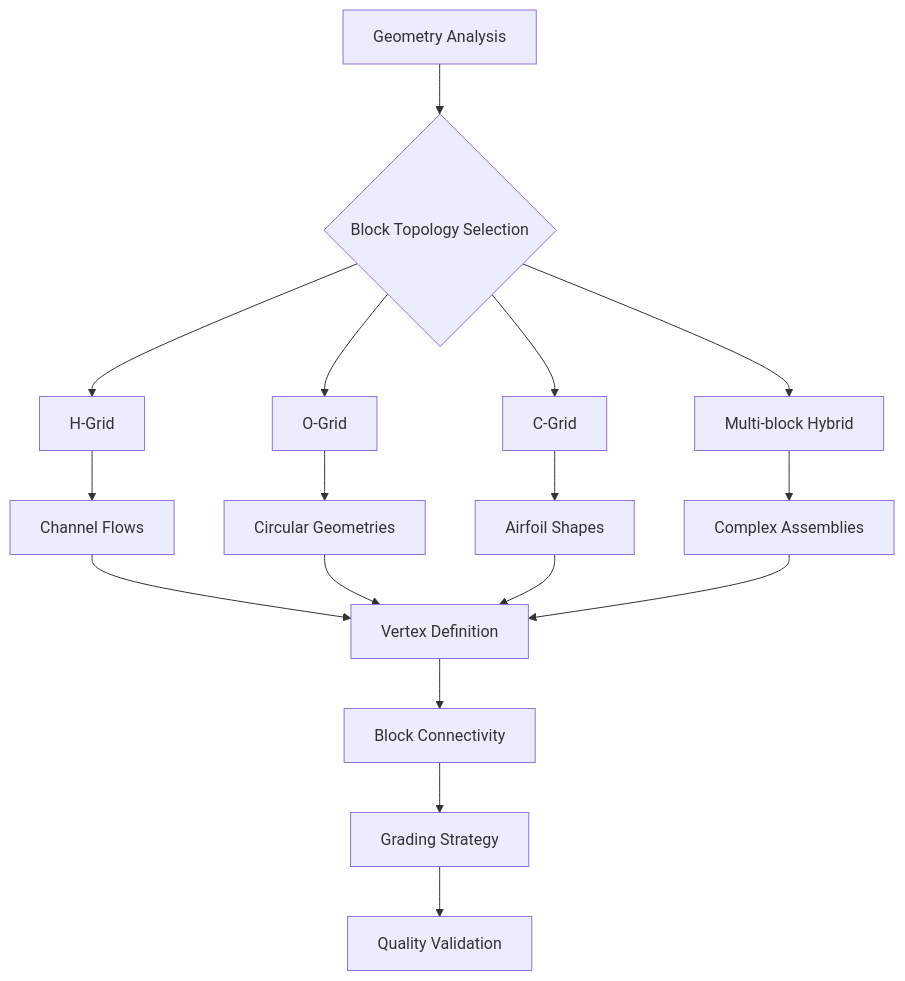
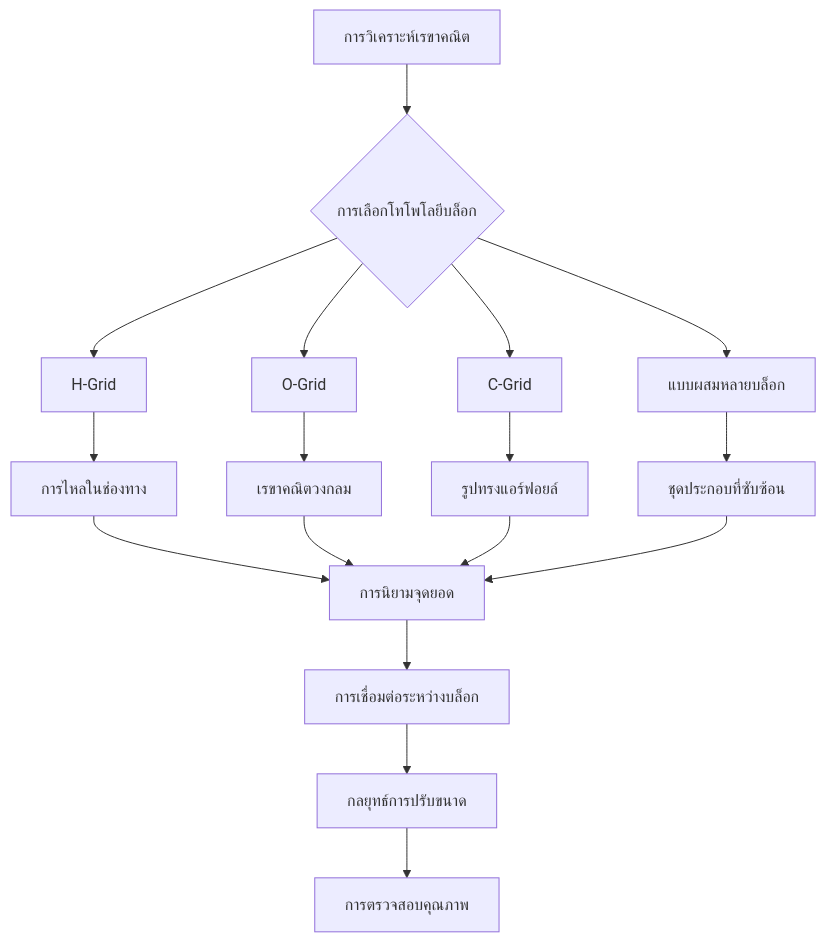
The diagram in MODULE_07_UTILITIES_AUTOMATION/CONTENT/02_MESH_PREPARATION/02_BlockMesh_Strategies.md (wramet/build-my-cfd), drawn with Mermaid before and after one commit. The commit also changed other lines of this file and 104 other files, not shown here.

````diff
--- a/MODULE_07_UTILITIES_AUTOMATION/CONTENT/02_MESH_PREPARATION/02_BlockMesh_Strategies.md
+++ b/MODULE_07_UTILITIES_AUTOMATION/CONTENT/02_MESH_PREPARATION/02_BlockMesh_Strategies.md
@@ -27,22 +27,22 @@
 ```mermaid
 flowchart TD
-    A[Geometry Analysis] --> B{Block Topology Selection}
+    A[การวิเคราะห์เรขาคณิต] --> B{การเลือกโทโพโลยีบล็อก}
     B --> C[H-Grid]
     B --> D[O-Grid]
     B --> E[C-Grid]
-    B --> F[Multi-block Hybrid]
+    B --> F[แบบผสมหลายบล็อก]
 
-    C --> G[Channel Flows]
-    D --> H[Circular Geometries]
-    E --> I[Airfoil Shapes]
-    F --> J[Complex Assemblies]
+    C --> G[การไหลในช่องทาง]
+    D --> H[เรขาคณิตวงกลม]
+    E --> I[รูปทรงแอร์ฟอยล์]
+    F --> J[ชุดประกอบที่ซับซ้อน]
 
-    G --> K[Vertex Definition]
+    G --> K[การนิยามจุดยอด]
     H --> K
     I --> K
     J --> K
 
-    K --> L[Block Connectivity]
-    L --> M[Grading Strategy]
-    M --> N[Quality Validation]
+    K --> L[การเชื่อมต่อระหว่างบล็อก]
+    L --> M[กลยุทธ์การปรับขนาด]
+    M --> N[การตรวจสอบคุณภาพ]
 ```
````
